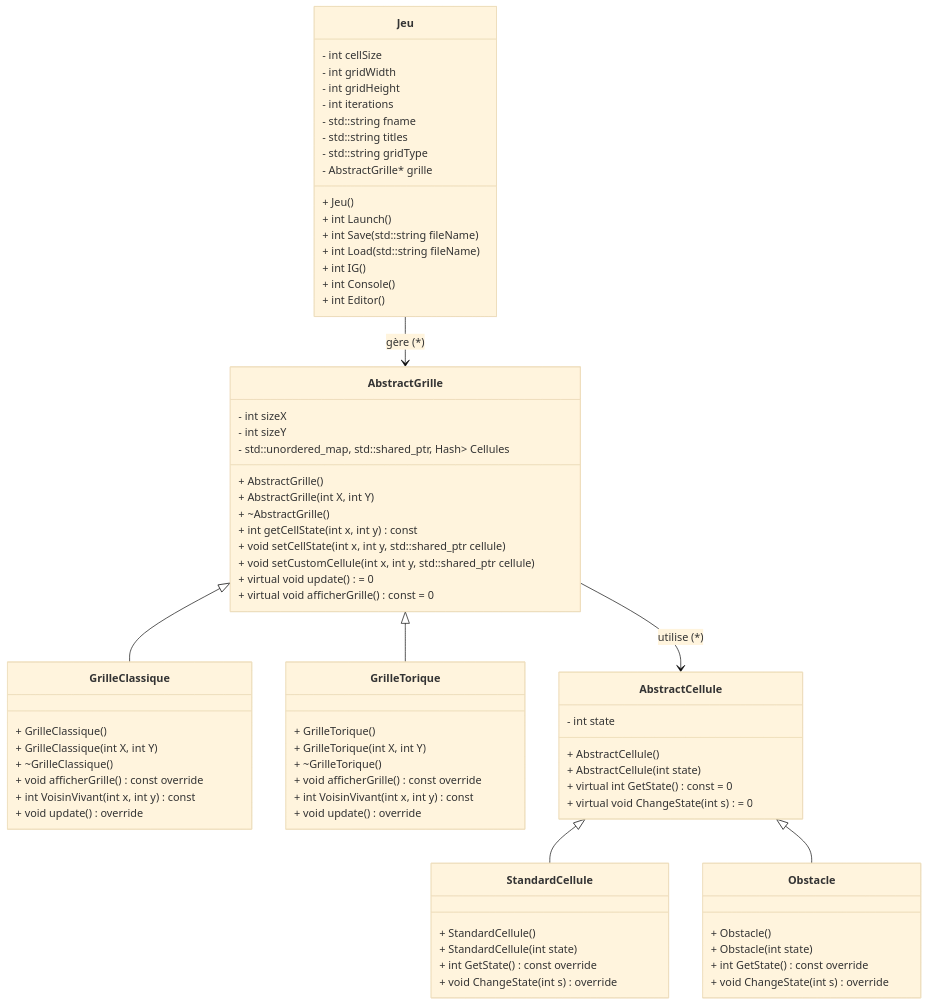
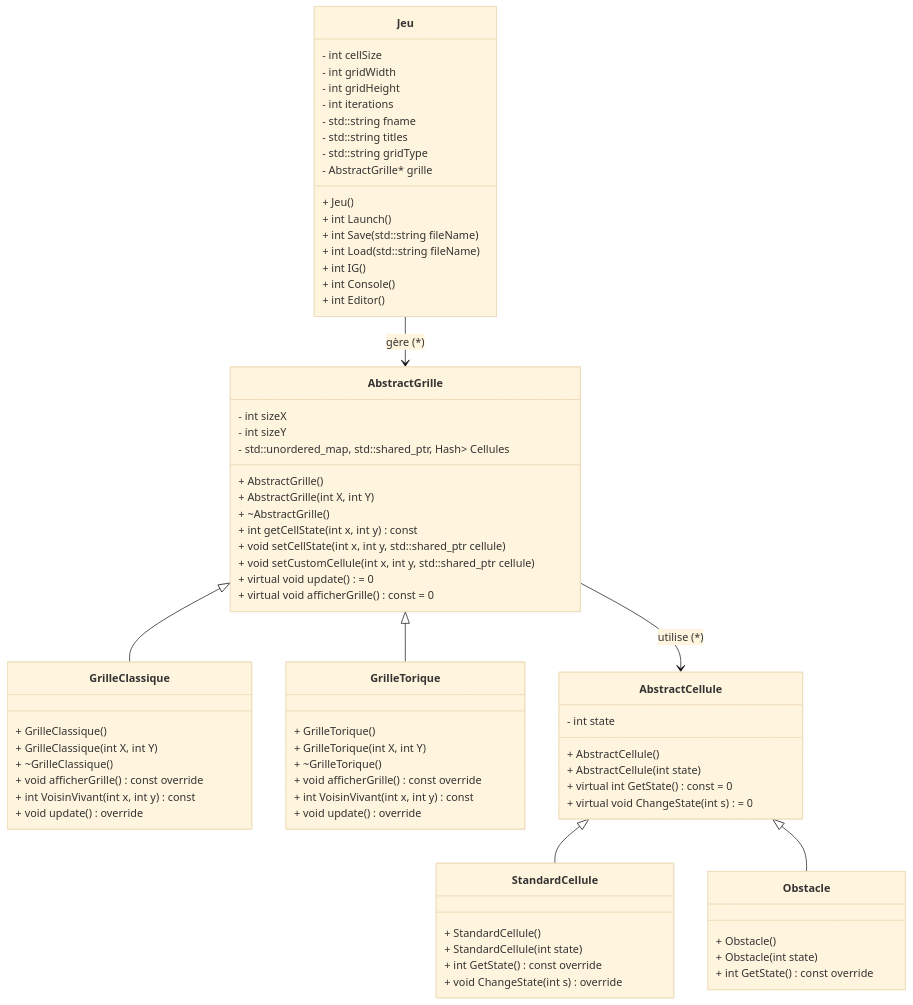
The diagram in Diagrammes/Diagramme de Classe.md (LinkPlayG/ProjetJeuDeLaVie), drawn with Mermaid (base theme) before and after one commit.

Commit message:
Update Diagramme de Classe.md

```diff
--- a/Diagrammes/Diagramme de Classe.md
+++ b/Diagrammes/Diagramme de Classe.md
@@ -73,7 +73,6 @@
         + Obstacle()
         + Obstacle(int state)
         + int GetState() const override
-        + void ChangeState(int s) override
     }
 
     AbstractGrille <|-- GrilleClassique
```
